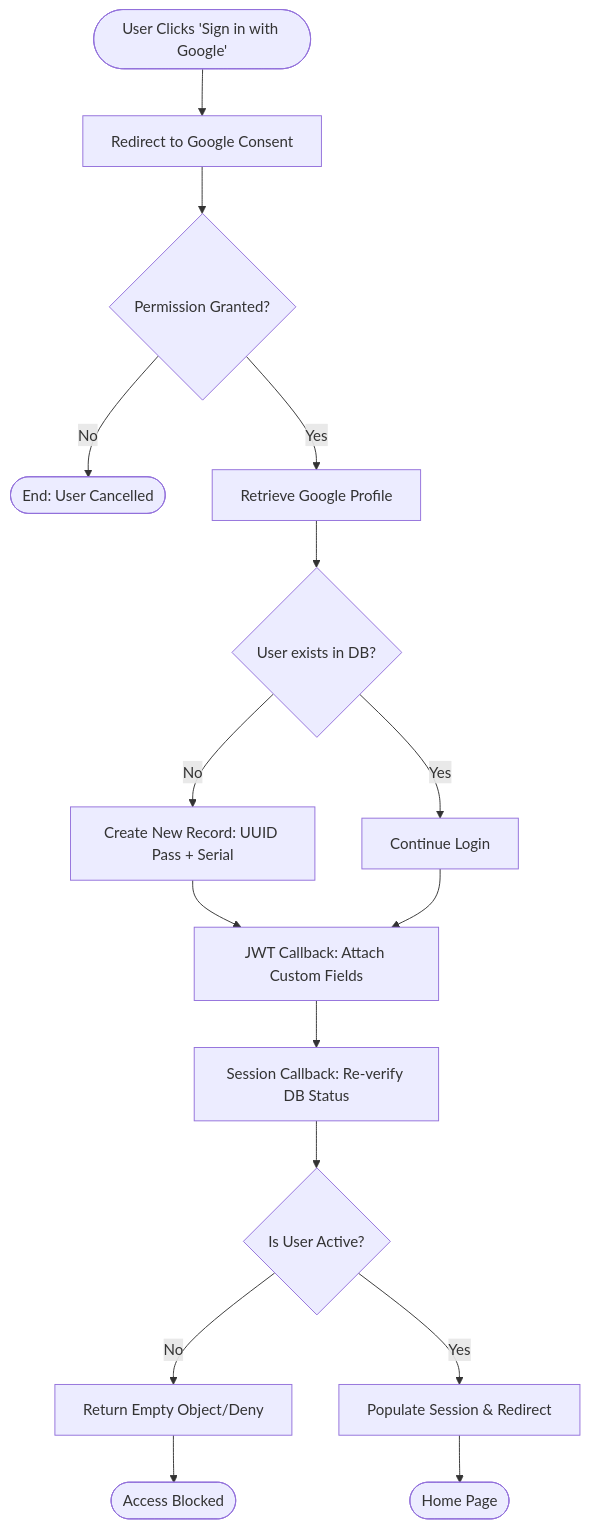
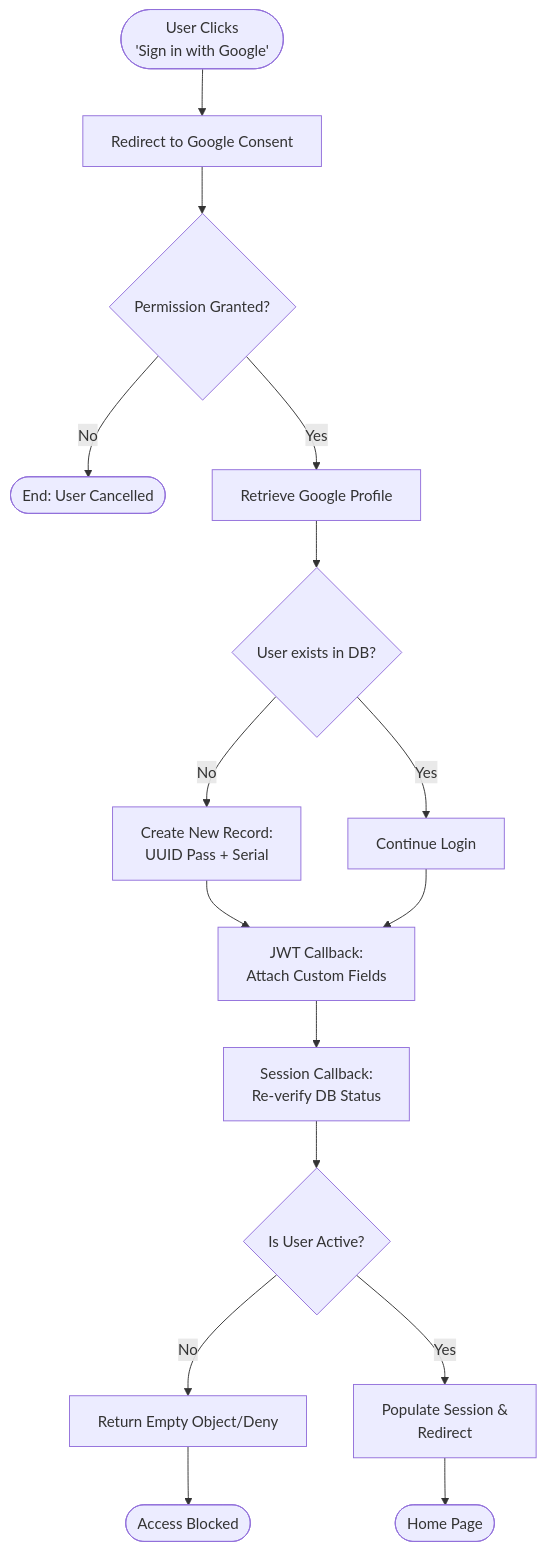
The first of 2 diagrams in docs/tripotter-web/authentication-flow-web.md (Eddie2111/tripotter-docs), drawn with Mermaid before and after one commit. The commit also changed other lines of this file and 1 other file, not shown here.

Commit message:
fix: add text alignment fix

````diff
--- a/docs/tripotter-web/authentication-flow-web.md
+++ b/docs/tripotter-web/authentication-flow-web.md
@@ -11,25 +11,40 @@
 ```mermaid
   flowchart TD
-    Start([User Clicks 'Sign in with Google']) --> Redirect[Redirect to Google Consent]
+    Start([
+      User Clicks 
+      'Sign in with Google'
+    ]) --> Redirect[Redirect to Google Consent]
     Redirect --> Permission{Permission Granted?}
 
     Permission -- No --> Cancel([End: User Cancelled])
     Permission -- Yes --> Profile[Retrieve Google Profile]
 
     Profile --> SignInCB{User exists in DB?}
 
-    SignInCB -- No --> Create[Create New Record: UUID Pass + Serial]
+    SignInCB -- No --> Create[
+      Create New Record: 
+      UUID Pass + Serial
+    ]
     SignInCB -- Yes --> Continue[Continue Login]
 
     Create --> JWT
-    Continue --> JWT[JWT Callback: Attach Custom Fields]
+    Continue --> JWT[
+      JWT Callback: 
+      Attach Custom Fields
+    ]
 
-    JWT --> SessionCheck[Session Callback: Re-verify DB Status]
+    JWT --> SessionCheck[
+      Session Callback: 
+      Re-verify DB Status
+    ]
     SessionCheck --> IsActive{Is User Active?}
 
     IsActive -- No --> Deny[Return Empty Object/Deny]
-    IsActive -- Yes --> Success[Populate Session & Redirect]
+    IsActive -- Yes --> Success[
+      Populate Session & 
+      Redirect
+    ]
 
     Deny --> End([Access Blocked])
     Success --> Home([Home Page])
 ```
````
